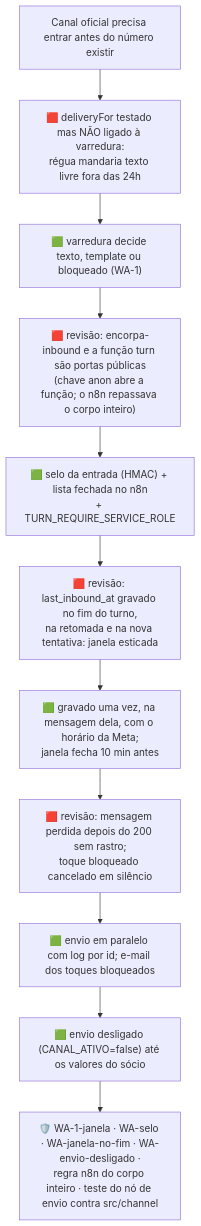
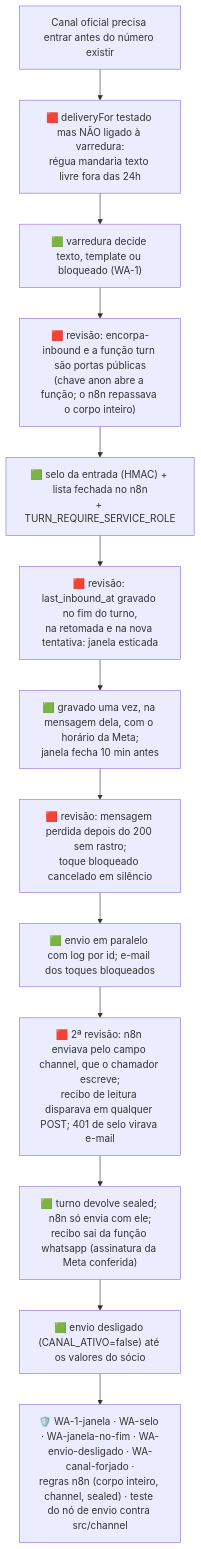
Diagram 13 of 13 in docs/documentacao/decisoes/04-grafo-de-decisoes.md (rodrigovaroto-wq/Ricos-com-AI), drawn with Mermaid before and after one commit. The commit also changed 1 other file, not shown here.

Commit message:
docs: WhatsApp state in HANDOFF; second review in graph §13
Claude-Session: https://claude.ai/code/session_01N4gUdAmrm4sLM4uTb8Yx7x

````diff
--- a/docs/documentacao/decisoes/04-grafo-de-decisoes.md
+++ b/docs/documentacao/decisoes/04-grafo-de-decisoes.md
@@ -210,15 +210,17 @@
 ```mermaid
 flowchart TD
   S["Canal oficial precisa entrar antes do número existir"]
   G1["🟥 deliveryFor testado mas NÃO ligado à varredura:<br/>régua mandaria texto livre fora das 24h"]
   C1["🟩 varredura decide texto, template ou bloqueado (WA-1)"]
   R1["🟥 revisão: encorpa-inbound e a função turn são portas públicas<br/>(chave anon abre a função; o n8n repassava o corpo inteiro)"]
   C2["🟩 selo da entrada (HMAC) + lista fechada no n8n<br/>+ TURN_REQUIRE_SERVICE_ROLE"]
   R2["🟥 revisão: last_inbound_at gravado no fim do turno,<br/>na retomada e na nova tentativa: janela esticada"]
   C3["🟩 gravado uma vez, na mensagem dela, com o horário da Meta;<br/>janela fecha 10 min antes"]
   R3["🟥 revisão: mensagem perdida depois do 200 sem rastro;<br/>toque bloqueado cancelado em silêncio"]
   C4["🟩 envio em paralelo com log por id; e-mail dos toques bloqueados"]
+  R4["🟥 2ª revisão: n8n enviava pelo campo channel, que o chamador escreve;<br/>recibo de leitura disparava em qualquer POST; 401 de selo virava e-mail"]
+  C5["🟩 turno devolve sealed; n8n só envia com ele;<br/>recibo sai da função whatsapp (assinatura da Meta conferida)"]
   OFF["🟩 envio desligado (CANAL_ATIVO=false) até os valores do sócio"]
-  GD["🛡️ WA-1-janela · WA-selo · WA-janela-no-fim · WA-envio-desligado ·<br/>regra n8n do corpo inteiro · teste do nó de envio contra src/channel"]
-  S --> G1 --> C1 --> R1 --> C2 --> R2 --> C3 --> R3 --> C4 --> OFF --> GD
+  GD["🛡️ WA-1-janela · WA-selo · WA-janela-no-fim · WA-envio-desligado · WA-canal-forjado ·<br/>regras n8n (corpo inteiro, channel, sealed) · teste do nó de envio contra src/channel"]
+  S --> G1 --> C1 --> R1 --> C2 --> R2 --> C3 --> R3 --> C4 --> R4 --> C5 --> OFF --> GD
 ```
````
